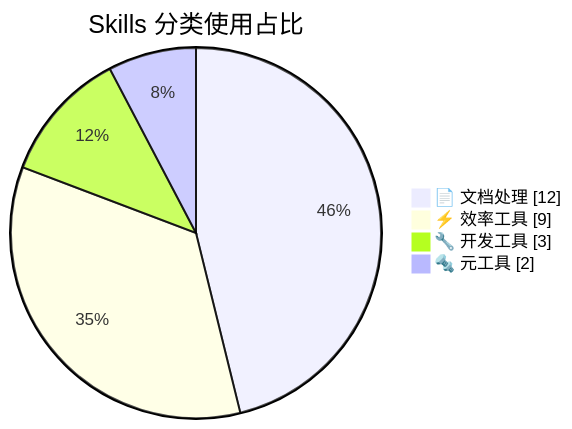
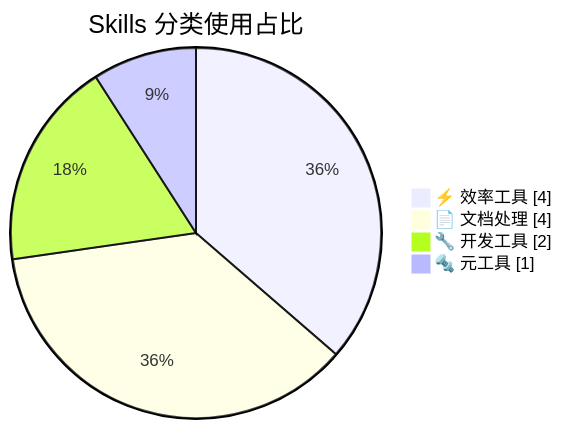
One commit to leoliu20001120/leooo changed the second of 2 diagrams in 10_Work/skills_weekly_reports/Skills周报_W12_2026_0316.md. Above: the diagram before and after it, drawn with Mermaid. The commit also changed other lines of this file and 27 other files, not shown here.

````diff
--- a/10_Work/skills_weekly_reports/Skills周报_W12_2026_0316.md
+++ b/10_Work/skills_weekly_reports/Skills周报_W12_2026_0316.md
@@ -58,8 +59,8 @@
 ```mermaid
 pie showData
     title Skills 分类使用占比
-    "📄 文档处理" : 12
-    "⚡ 效率工具" : 9
-    "🔧 开发工具" : 3
-    "🔩 元工具" : 2
+    "⚡ 效率工具" : 4
+    "📄 文档处理" : 4
+    "🔧 开发工具" : 2
+    "🔩 元工具" : 1
 ```
````
